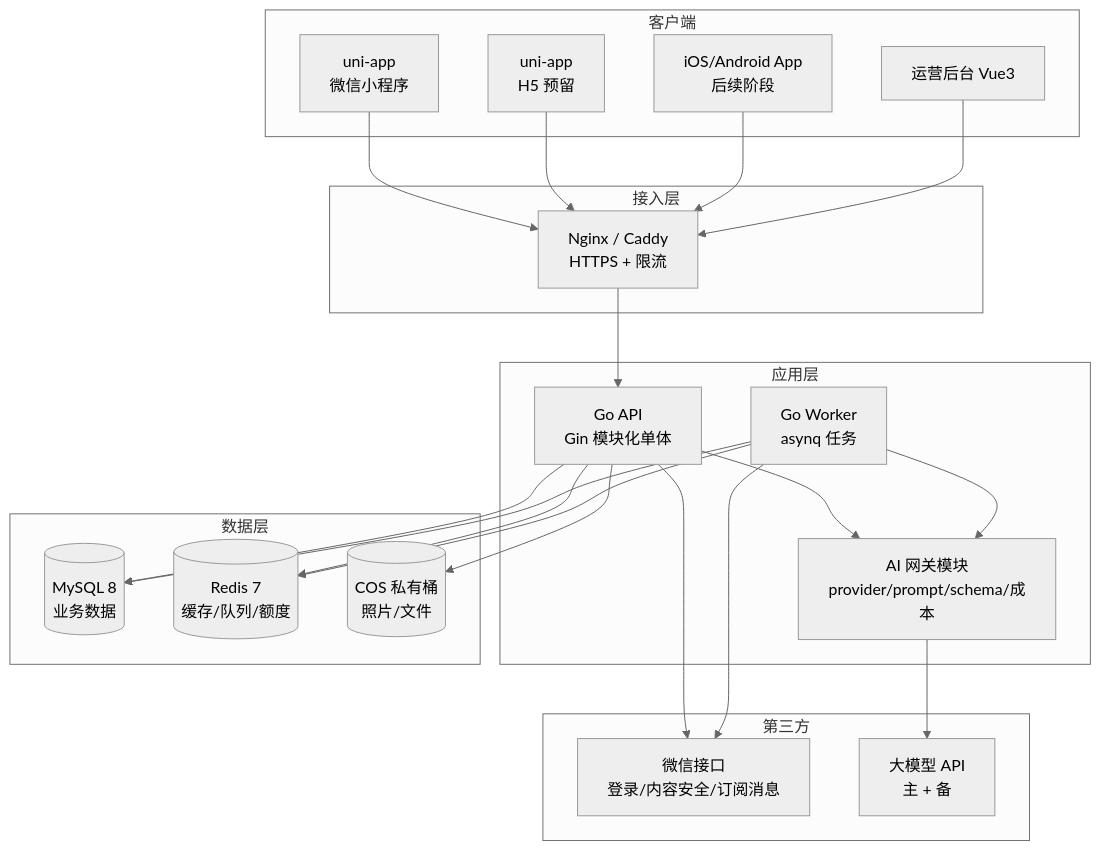
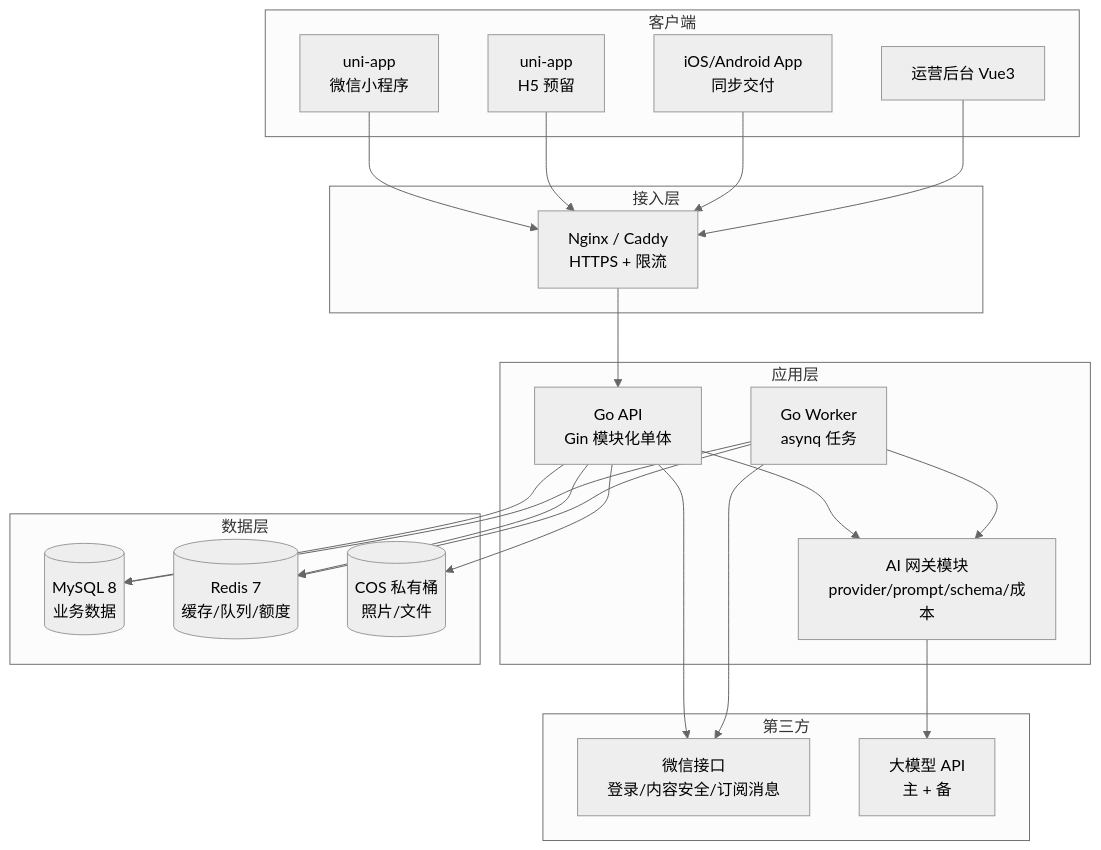
One commit to 2981047480/nerae changed the first of 5 diagrams in docs/系统架构与技术选型.md. Above: the diagram before and after it, drawn with Mermaid (neutral theme). The commit also changed other lines of this file and 173 other files, not shown here.

````diff
--- a/docs/系统架构与技术选型.md
+++ b/docs/系统架构与技术选型.md
@@ -37,40 +37,40 @@
 ```mermaid
 graph TB
   subgraph Client[客户端]
     MP[uni-app<br/>微信小程序]
     H5[uni-app<br/>H5 预留]
-    APP[iOS/Android App<br/>后续阶段]
+    APP[iOS/Android App<br/>同步交付]
     ADMIN[运营后台 Vue3]
   end
   subgraph Edge[接入层]
     NG[Nginx / Caddy<br/>HTTPS + 限流]
   end
   subgraph AppLayer[应用层]
     API[Go API<br/>Gin 模块化单体]
     WORKER[Go Worker<br/>asynq 任务]
     AIGW[AI 网关模块<br/>provider/prompt/schema/成本]
   end
   subgraph Data[数据层]
     MYSQL[(MySQL 8<br/>业务数据)]
     REDIS[(Redis 7<br/>缓存/队列/额度)]
     COS[(COS 私有桶<br/>照片/文件)]
   end
   subgraph Third[第三方]
     WX[微信接口<br/>登录/内容安全/订阅消息]
     LLM[大模型 API<br/>主 + 备]
   end
   MP --> NG
   H5 --> NG
   APP --> NG
   ADMIN --> NG
   NG --> API
   API --> MYSQL
   API --> REDIS
   API --> COS
   API --> AIGW --> LLM
   API --> WX
   WORKER --> MYSQL
   WORKER --> REDIS
   WORKER --> AIGW
   WORKER --> WX
 ```
````
